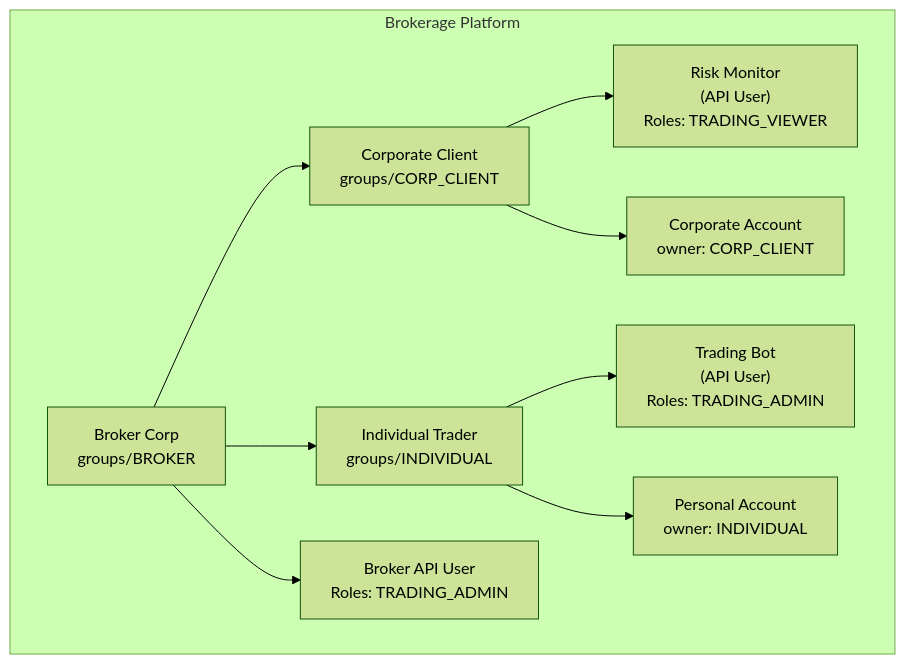
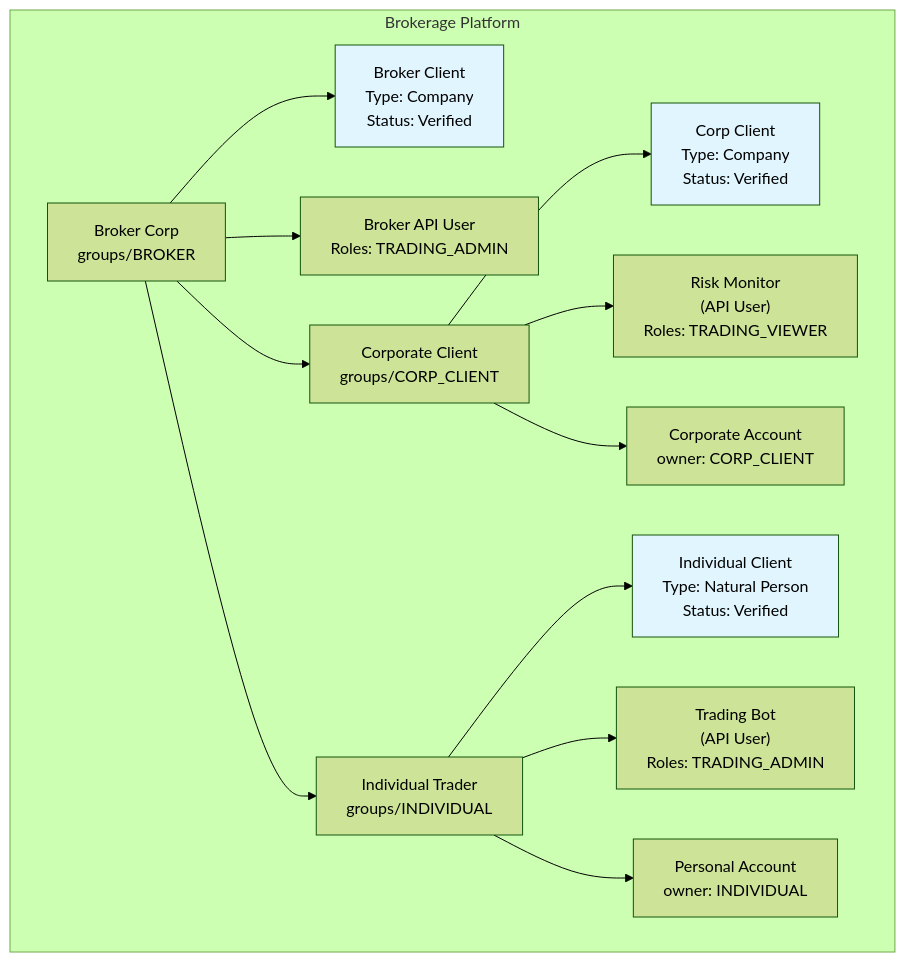
The third of 3 diagrams in docs/docs/access-control/index.mdx (meshtrade/api), drawn with Mermaid (forest theme) before and after one commit. The commit also changed other lines of this file and 6 other files, not shown here.

First line of the commit message:
docs: fix access-control issues and flatten architecture paths

````diff
--- a/docs/docs/access-control/index.mdx
+++ b/docs/docs/access-control/index.mdx
@@ -267,23 +221,33 @@
 ```mermaid
 graph TD
     subgraph "Brokerage Platform"
         Broker["Broker Corp<br/>groups/BROKER"]
+        BrokerClient["Broker Client<br/>Type: Company<br/>Status: Verified"]
+        BrokerBot["Broker API User<br/>Roles: TRADING_ADMIN"]
+
         Corp["Corporate Client<br/>groups/CORP_CLIENT"]
+        CorpClient["Corp Client<br/>Type: Company<br/>Status: Verified"]
+        CorpBot["Risk Monitor<br/>(API User)<br/>Roles: TRADING_VIEWER"]
+        CorpAccount["Corporate Account<br/>owner: CORP_CLIENT"]
+
         Individual["Individual Trader<br/>groups/INDIVIDUAL"]
-
-        BrokerBot["Broker API User<br/>Roles: TRADING_ADMIN"]
-        CorpBot["Risk Monitor<br/>(API User)<br/>Roles: TRADING_VIEWER"]
+        IndClient["Individual Client<br/>Type: Natural Person<br/>Status: Verified"]
         IndBot["Trading Bot<br/>(API User)<br/>Roles: TRADING_ADMIN"]
-
-        CorpAccount["Corporate Account<br/>owner: CORP_CLIENT"]
         IndAccount["Personal Account<br/>owner: INDIVIDUAL"]
 
+        Broker --> BrokerClient
+        Broker --> BrokerBot
         Broker --> Corp
         Broker --> Individual
-        Broker --> BrokerBot
+        Corp --> CorpClient
         Corp --> CorpBot
+        Corp --> CorpAccount
+        Individual --> IndClient
         Individual --> IndBot
-        Corp --> CorpAccount
         Individual --> IndAccount
     end
+
+    style BrokerClient fill:#e1f5fe
+    style CorpClient fill:#e1f5fe
+    style IndClient fill:#e1f5fe
 ```
````
